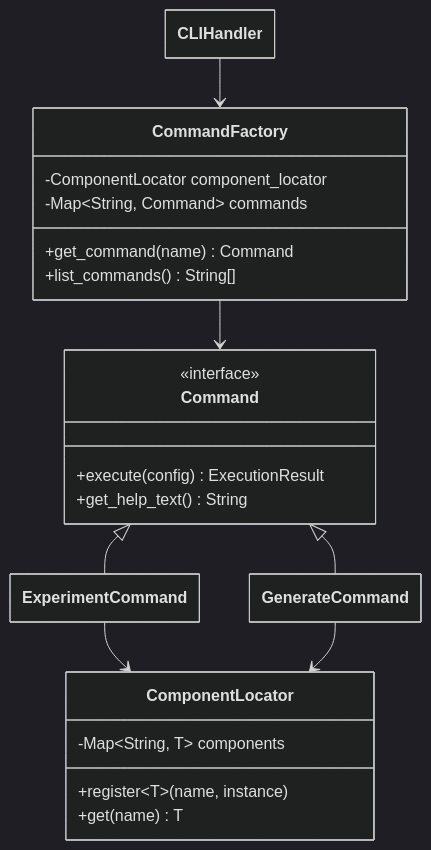
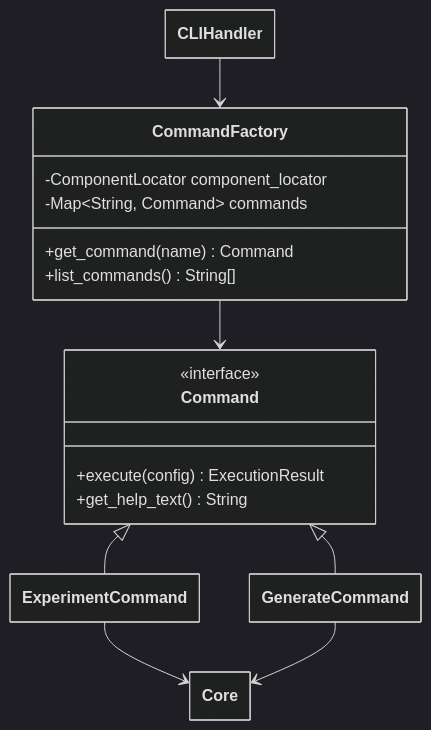
Before and after one commit to FilippoGurioli/test-2-code-llm: the fourth of 7 diagrams in docs/design.md, drawn with Mermaid (dark theme). The commit also changed other lines of this file and 6 other files, not shown here.

````diff
--- a/docs/design.md
+++ b/docs/design.md
@@ -140,37 +140,31 @@
 ```mermaid
 ---
   config:
     class:
       hideEmptyMembersBox: true
 ---
 classDiagram
     class CommandFactory {
         -ComponentLocator component_locator
         -Map~String, Command~ commands
         +get_command(name) Command
         +list_commands() String[]
     }
 
     class Command {
         <<interface>>
         +execute(config) ExecutionResult
         +get_help_text() String
     }
 
     class GenerateCommand {}
 
     class ExperimentCommand {}
 
-    class ComponentLocator {
-        -Map~String, T~ components
-        +register~T~(name, instance)
-        +get(name) T
-    }
-
     CLIHandler --> CommandFactory
     CommandFactory --> Command
     Command <|-- GenerateCommand
     Command <|-- ExperimentCommand
-    ExperimentCommand --> ComponentLocator
-    GenerateCommand --> ComponentLocator
+    ExperimentCommand --> Core
+    GenerateCommand --> Core
 ```
````
